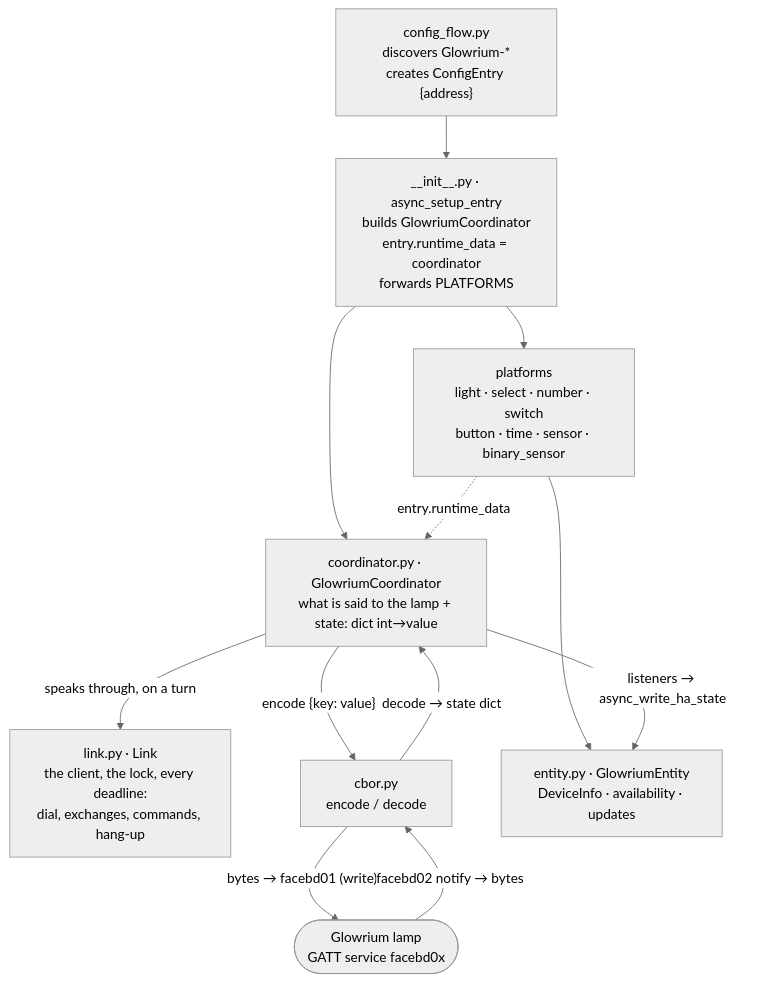
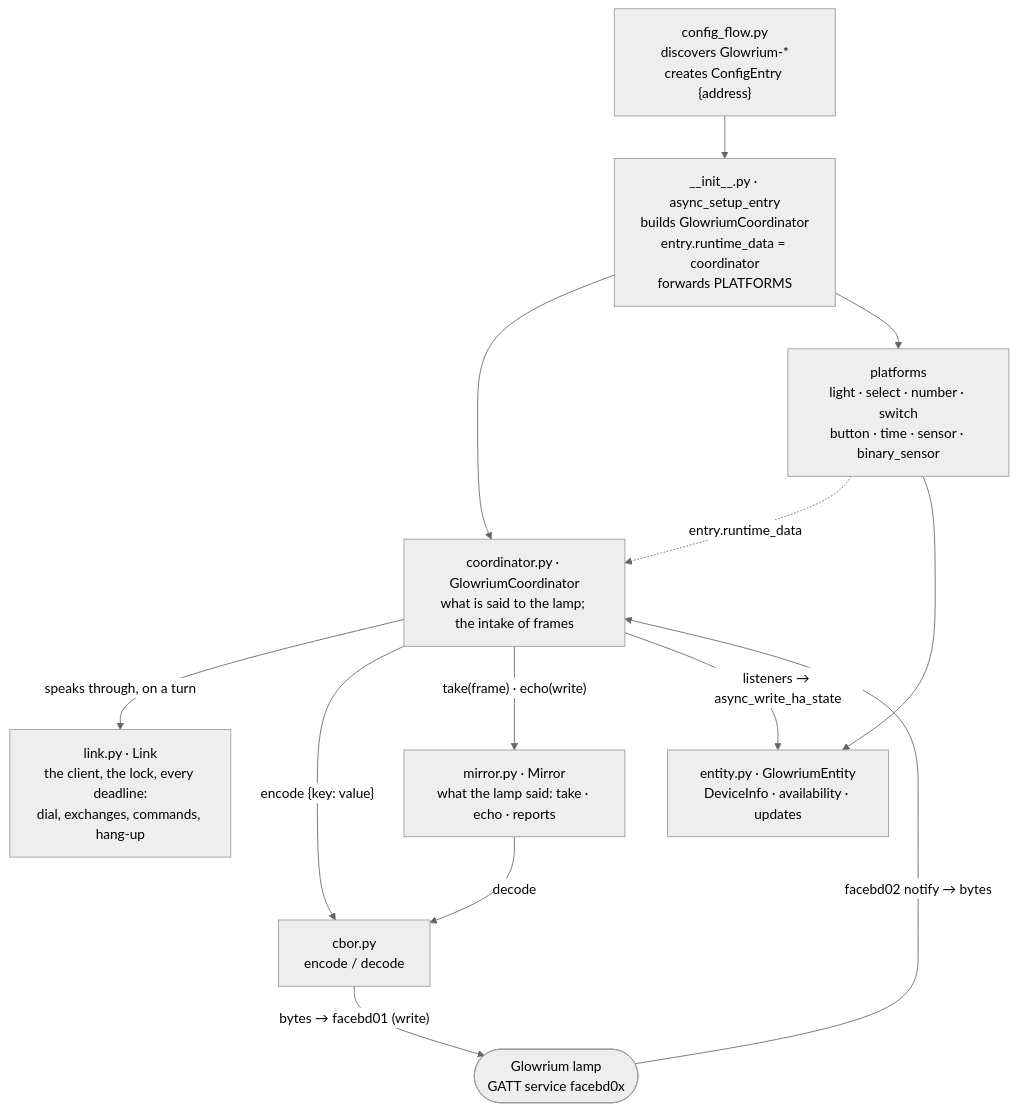
The diagram in ARCHITECTURE.md (kugaevsky/glowrium-ha), drawn with Mermaid (neutral theme) before and after one commit. The commit also changed other lines of this file and 2 other files, not shown here.

First line of the commit message:
Say where the state mirror is, in ARCHITECTURE, the glossary and an ADR

````diff
--- a/ARCHITECTURE.md
+++ b/ARCHITECTURE.md
@@ -61,23 +64,25 @@
 ```mermaid
 flowchart TD
     CF["config_flow.py<br/>discovers Glowrium-*<br/>creates ConfigEntry {address}"]
     INIT["__init__.py · async_setup_entry<br/>builds GlowriumCoordinator<br/>entry.runtime_data = coordinator<br/>forwards PLATFORMS"]
-    COORD["coordinator.py · GlowriumCoordinator<br/>what is said to the lamp + state: dict int→value"]
+    COORD["coordinator.py · GlowriumCoordinator<br/>what is said to the lamp; the intake of frames"]
+    MIRROR["mirror.py · Mirror<br/>what the lamp said: take · echo · reports"]
     LINK["link.py · Link<br/>the client, the lock, every deadline:<br/>dial, exchanges, commands, hang-up"]
     CBOR["cbor.py<br/>encode / decode"]
     PLAT["platforms<br/>light · select · number · switch<br/>button · time · sensor · binary_sensor"]
     ENT["entity.py · GlowriumEntity<br/>DeviceInfo · availability · updates"]
     DEV(["Glowrium lamp<br/>GATT service facebd0x"])
 
     CF --> INIT
     INIT --> COORD
     COORD -->|"speaks through, on a turn"| LINK
     INIT --> PLAT
     PLAT -. "entry.runtime_data" .-> COORD
     PLAT --> ENT
     COORD -->|"encode {key: value}"| CBOR
     CBOR -->|"bytes → facebd01 (write)"| DEV
-    DEV -->|"facebd02 notify → bytes"| CBOR
-    CBOR -->|"decode → state dict"| COORD
+    DEV -->|"facebd02 notify → bytes"| COORD
+    COORD -->|"take(frame) · echo(write)"| MIRROR
+    MIRROR -->|"decode"| CBOR
     COORD -->|"listeners → async_write_ha_state"| ENT
 ```
````
